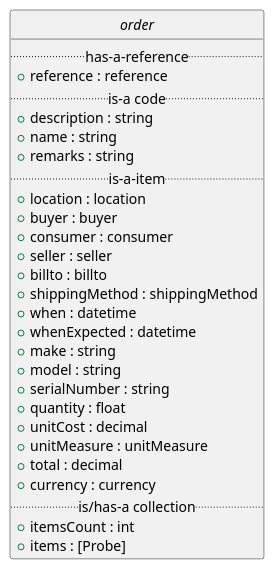
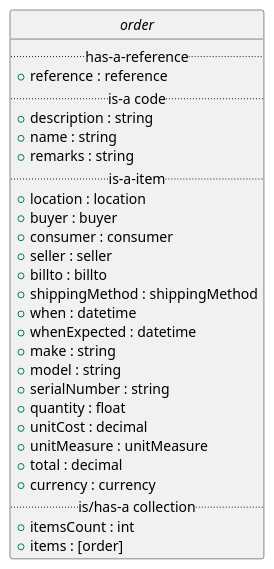
The second of 2 diagrams in order/order.org (EciStg/order-placement), drawn with PlantUML before and after one commit.

Commit message:
order: the collection contains orders (items), not probes.

```diff
--- a/order/order.org
+++ b/order/order.org
@@ -44,34 +44,34 @@
 #+BEGIN_SRC plantuml :file ../images/order-class-diagram.puml.png :exports results
   @startuml
   hide circle
 
   interface order {
   .. has-a-reference ..
   {field} + reference : reference
   .. is-a code ..
   {field} + description : string
   {field} + name : string
   {field} + remarks : string
   .. is-a-item ..
   {field} + location : location
   {field} + buyer : buyer
   {field} + consumer : consumer
   {field} + seller : seller
   {field} + billto : billto
   {field} + shippingMethod : shippingMethod
   {field} + when : datetime
   {field} + whenExpected : datetime
   {field} + make : string
   {field} + model : string
   {field} + serialNumber : string
   {field} + quantity : float
   {field} + unitCost : decimal
   {field} + unitMeasure : unitMeasure
   {field} + total : decimal
   {field} + currency : currency
   .. is/has-a collection ..
   {field} + itemsCount : int
-  {field} + items : [Probe]
+  {field} + items : [order]
   }
   @enduml
 #+END_SRC
```
